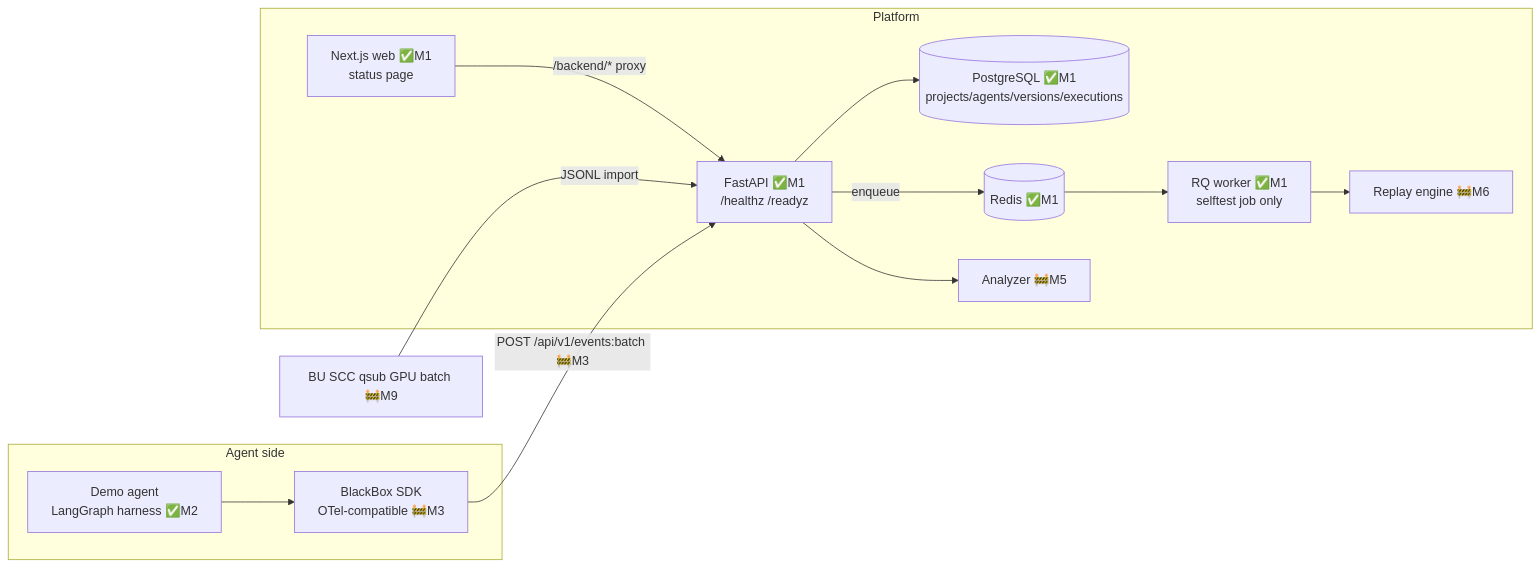
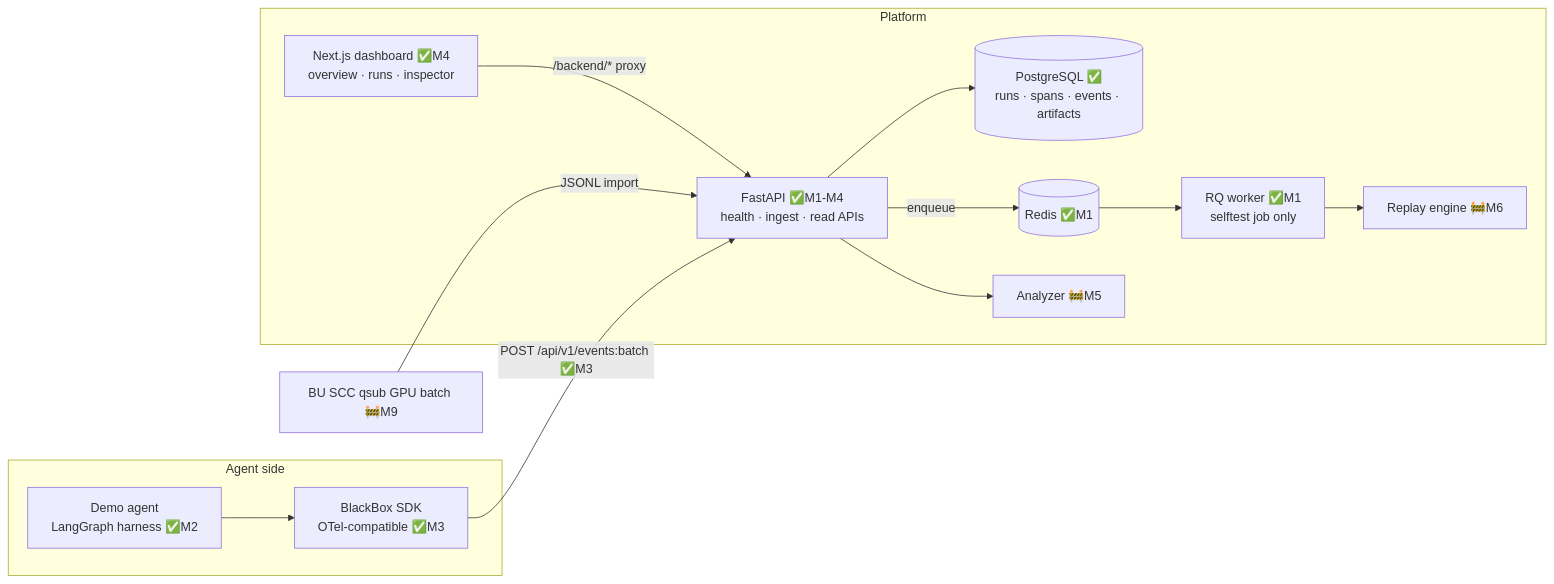
Before and after one commit to Kaushik2AI/agent-blackbox: the first of 3 diagrams in docs/architecture.md, drawn with Mermaid. The commit also changed other lines of this file and 60 other files, not shown here.

Commit message:
M3+M4: BlackBox SDK, idempotent ingest, execution inspector dashboard

````diff
--- a/docs/architecture.md
+++ b/docs/architecture.md
@@ -7,16 +7,16 @@
 ```mermaid
 flowchart LR
   subgraph Agent side
-    H[Demo agent<br/>LangGraph harness ✅M2] --> SDK[BlackBox SDK<br/>OTel-compatible 🚧M3]
+    H[Demo agent<br/>LangGraph harness ✅M2] --> SDK[BlackBox SDK<br/>OTel-compatible ✅M3]
   end
   subgraph Platform
-    W[Next.js web ✅M1<br/>status page] -- "/backend/* proxy" --> API[FastAPI ✅M1<br/>/healthz /readyz]
-    SDK -- "POST /api/v1/events:batch 🚧M3" --> API
-    API --> PG[(PostgreSQL ✅M1<br/>projects/agents/versions/executions)]
+    W[Next.js dashboard ✅M4<br/>overview · runs · inspector] -- "/backend/* proxy" --> API[FastAPI ✅M1-M4<br/>health · ingest · read APIs]
+    SDK -- "POST /api/v1/events:batch ✅M3" --> API
+    API --> PG[(PostgreSQL ✅<br/>runs · spans · events · artifacts)]
     API -- enqueue --> R[(Redis ✅M1)]
     R --> WK[RQ worker ✅M1<br/>selftest job only]
     WK --> RE[Replay engine 🚧M6]
     API --> AN[Analyzer 🚧M5]
   end
   SCC[BU SCC qsub GPU batch 🚧M9] -- JSONL import --> API
 ```
````
